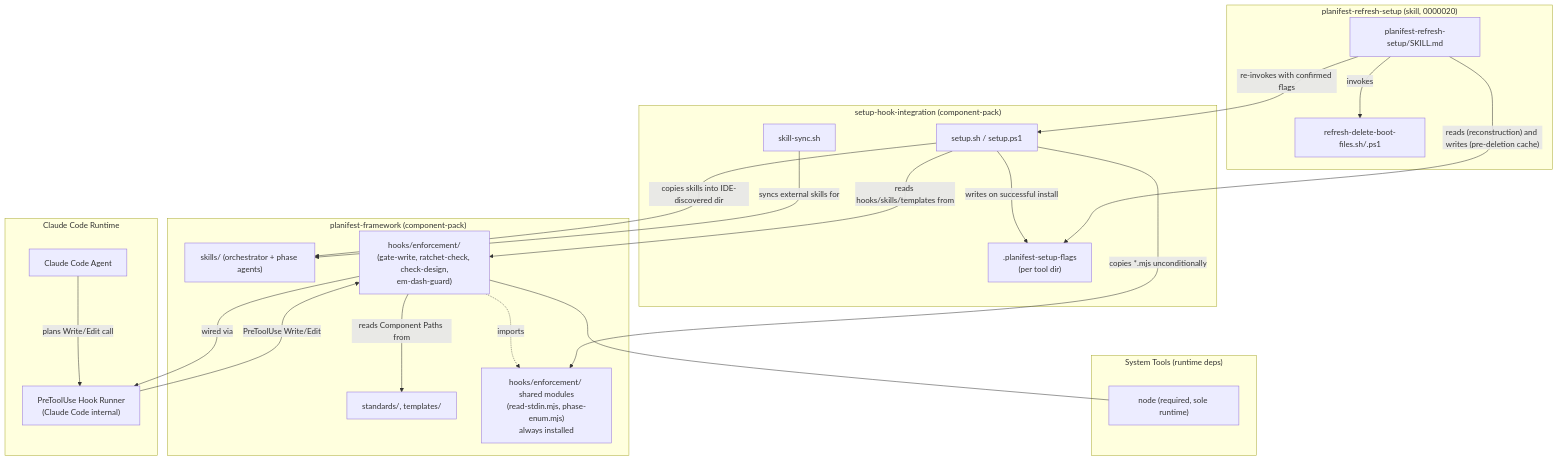
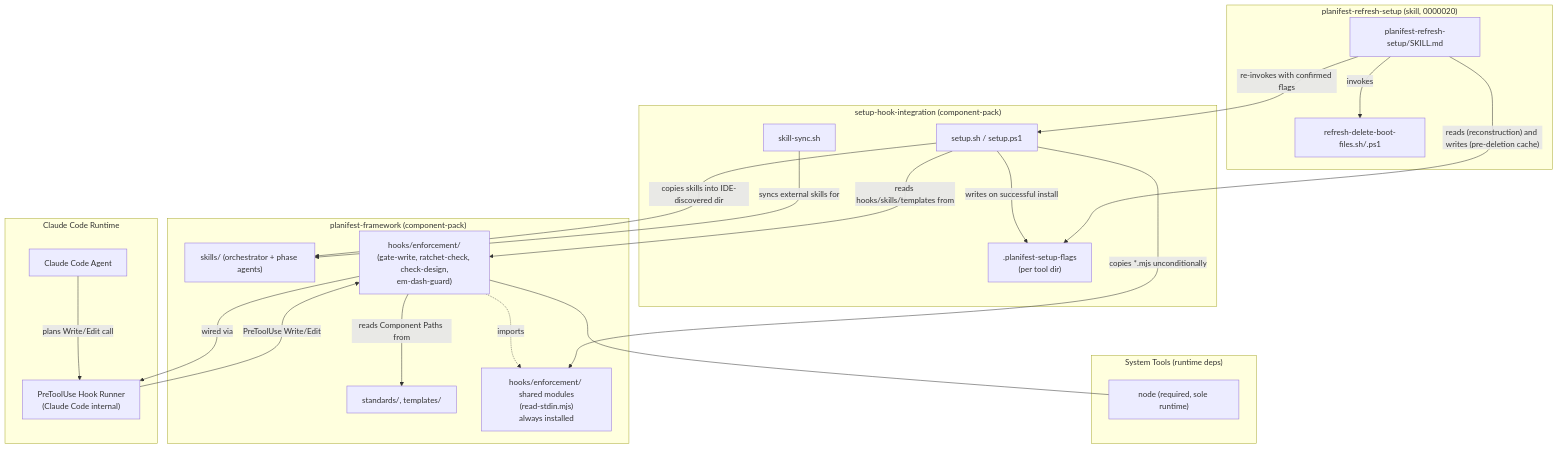
One commit to RAVINTIO/planifest-framework changed the diagram in docs/dependency-graph.md. Above: the diagram before and after it, drawn with Mermaid. The commit also changed 1 other file, not shown here.

Commit message:
docs(0000030): drop phase-enum from shared-module diagrams

````diff
--- a/docs/dependency-graph.md
+++ b/docs/dependency-graph.md
@@ -10,46 +10,46 @@
 ```mermaid
 graph TD
     subgraph "planifest-framework (component-pack)"
         SKILLS["skills/ (orchestrator + phase agents)"]
         STANDARDS["standards/, templates/"]
         ENFORCE["hooks/enforcement/\n(gate-write, ratchet-check, check-design,\nem-dash-guard)"]
-        ENFSHARED["hooks/enforcement/ shared modules\n(read-stdin.mjs, phase-enum.mjs)\nalways installed"]
+        ENFSHARED["hooks/enforcement/ shared modules\n(read-stdin.mjs)\nalways installed"]
     end
 
     subgraph "Claude Code Runtime"
         CC[Claude Code Agent]
         HookRunner["PreToolUse Hook Runner\n(Claude Code internal)"]
     end
 
     subgraph "setup-hook-integration (component-pack)"
         SH["setup.sh / setup.ps1"]
         SKS["skill-sync.sh"]
         MARKER[".planifest-setup-flags\n(per tool dir)"]
     end
 
     subgraph "planifest-refresh-setup (skill, 0000020)"
         RS["planifest-refresh-setup/SKILL.md"]
         DEL["refresh-delete-boot-files.sh/.ps1"]
     end
 
     subgraph "System Tools (runtime deps)"
         NODE["node (required, sole runtime)"]
     end
 
     CC -->|"plans Write/Edit call"| HookRunner
     SH -->|"reads hooks/skills/templates from"| ENFORCE
     SH -->|"copies skills into IDE-discovered dir"| SKILLS
     SKS -->|"syncs external skills for"| SKILLS
     ENFORCE -->|"wired via"| HookRunner
     HookRunner -->|"PreToolUse Write/Edit"| ENFORCE
     ENFORCE -->|"reads Component Paths from"| STANDARDS
 
     ENFORCE --- NODE
     ENFORCE -.->|"imports"| ENFSHARED
     SH -->|"copies *.mjs unconditionally"| ENFSHARED
 
     SH -->|"writes on successful install"| MARKER
     RS -->|"reads (reconstruction) and writes (pre-deletion cache)"| MARKER
     RS -->|"invokes"| DEL
     RS -->|"re-invokes with confirmed flags"| SH
 ```
````
